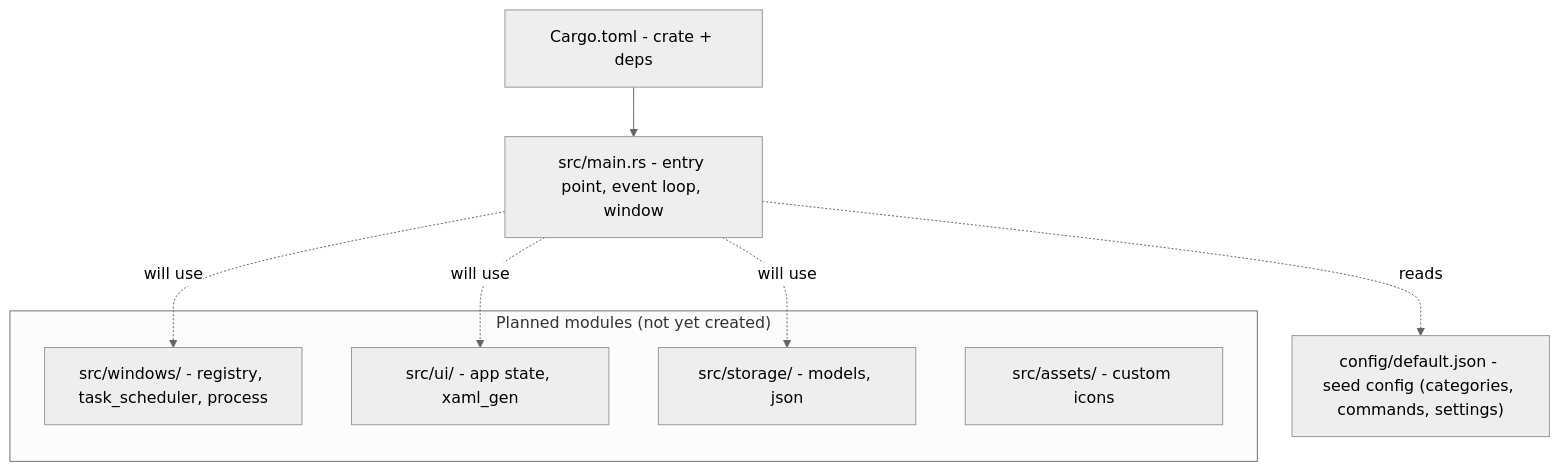
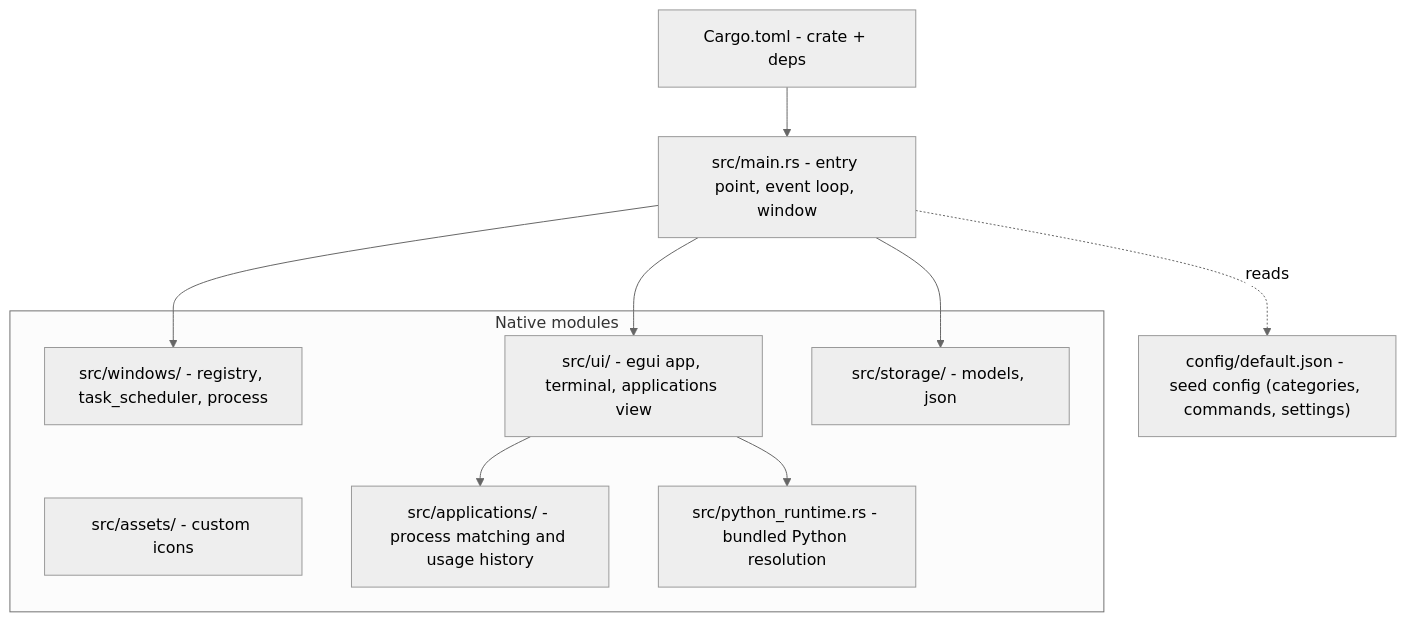
One commit to RebelliousSmile/DevToolBox changed the diagram in aidd_docs/memory/codebase-map.md. Above: the diagram before and after it, drawn with Mermaid (neutral theme). The commit also changed other lines of this file and 21 other files, not shown here.

````diff
--- a/aidd_docs/memory/codebase-map.md
+++ b/aidd_docs/memory/codebase-map.md
@@ -5,20 +6,24 @@
 ```mermaid
 flowchart TD
     MAIN["src/main.rs - entry point, event loop, window"]
     CFG["config/default.json - seed config (categories, commands, settings)"]
     CARGO["Cargo.toml - crate + deps"]
 
     MAIN -.reads.-> CFG
     CARGO --> MAIN
 
-    subgraph Planned["Planned modules (not yet created)"]
+    subgraph Native["Native modules"]
         WINMOD["src/windows/ - registry, task_scheduler, process"]
-        UIMOD["src/ui/ - app state, xaml_gen"]
+        UIMOD["src/ui/ - egui app, terminal, applications view"]
         STOREMOD["src/storage/ - models, json"]
         ASSETS["src/assets/ - custom icons"]
+        APPMOD["src/applications/ - process matching and usage history"]
+        PYRUN["src/python_runtime.rs - bundled Python resolution"]
     end
 
-    MAIN -.will use.-> WINMOD
-    MAIN -.will use.-> UIMOD
-    MAIN -.will use.-> STOREMOD
+    MAIN --> WINMOD
+    MAIN --> UIMOD
+    MAIN --> STOREMOD
+    UIMOD --> APPMOD
+    UIMOD --> PYRUN
 ```
````
